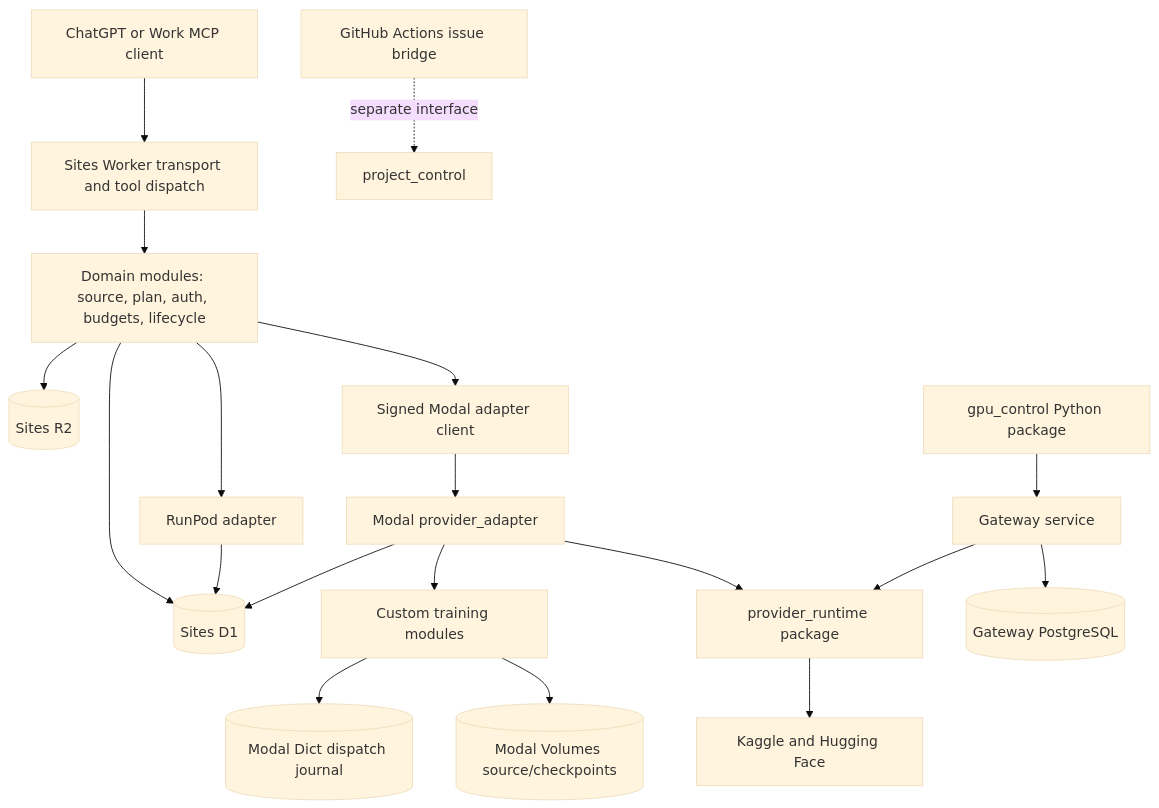
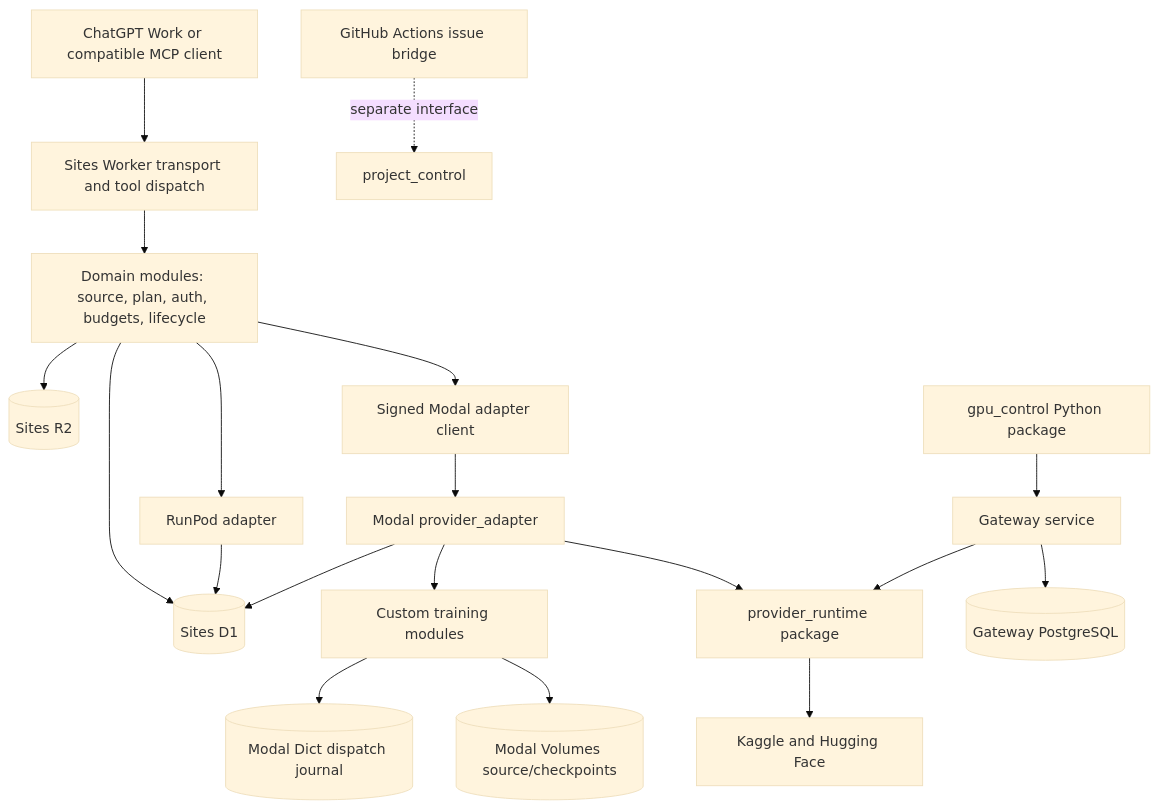
One commit to Unjuno/gpu-control changed the second of 2 diagrams in docs/architecture/repository-map.md. Above: the diagram before and after it, drawn with Mermaid (base theme). The commit also changed other lines of this file and 4 other files, not shown here.

Commit message:
docs: align MCP lifecycle guides and architecture snapshot

````diff
--- a/docs/architecture/repository-map.md
+++ b/docs/architecture/repository-map.md
@@ -81,21 +81,21 @@
 ```mermaid
 flowchart TD
-  CHAT[ChatGPT or Work MCP client] --> SITE[Sites Worker transport and tool dispatch]
+  CHAT[ChatGPT Work or compatible MCP client] --> SITE[Sites Worker transport and tool dispatch]
   SITE --> DOM[Domain modules: source, plan, auth, budgets, lifecycle]
   DOM --> D1[(Sites D1)]
   DOM --> R2[(Sites R2)]
   DOM --> RP[RunPod adapter]
   DOM --> MA[Signed Modal adapter client]
   MA --> AD[Modal provider_adapter]
   AD --> CT[Custom training modules]
   AD --> PR[provider_runtime package]
   CT --> MD[(Modal Dict dispatch journal)]
   CT --> MV[(Modal Volumes source/checkpoints)]
   PR --> KH[Kaggle and Hugging Face]
   RP --> D1
   AD --> D1
   PY[gpu_control Python package] --> GW[Gateway service]
   GW --> PG[(Gateway PostgreSQL)]
   GW --> PR
   GH[GitHub Actions issue bridge] -. separate interface .-> PC[project_control]
 ```
````
